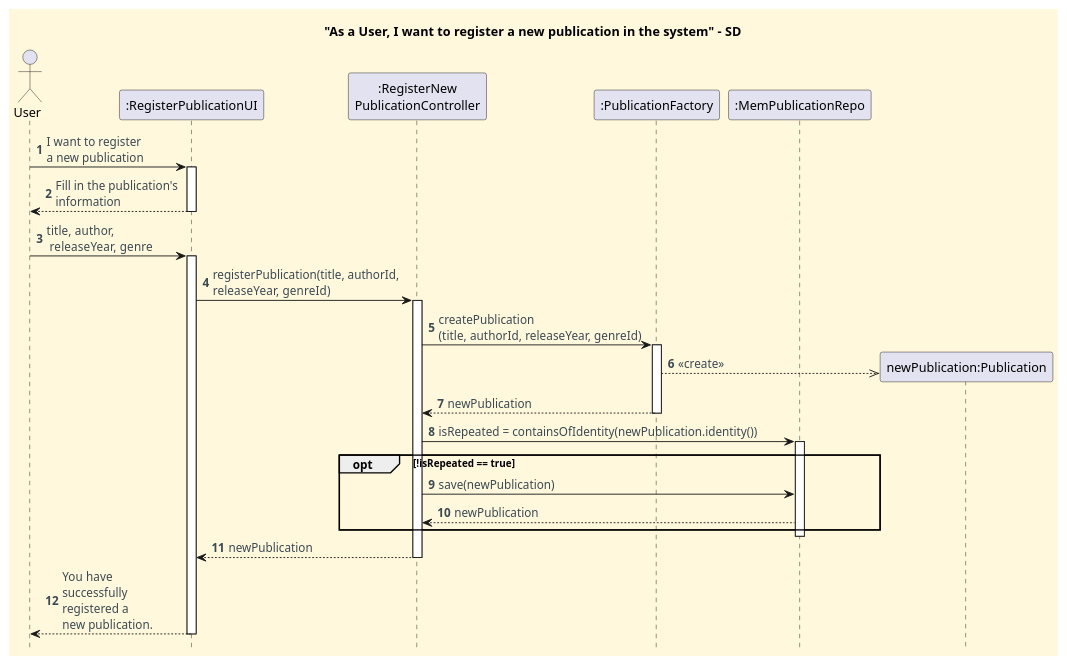
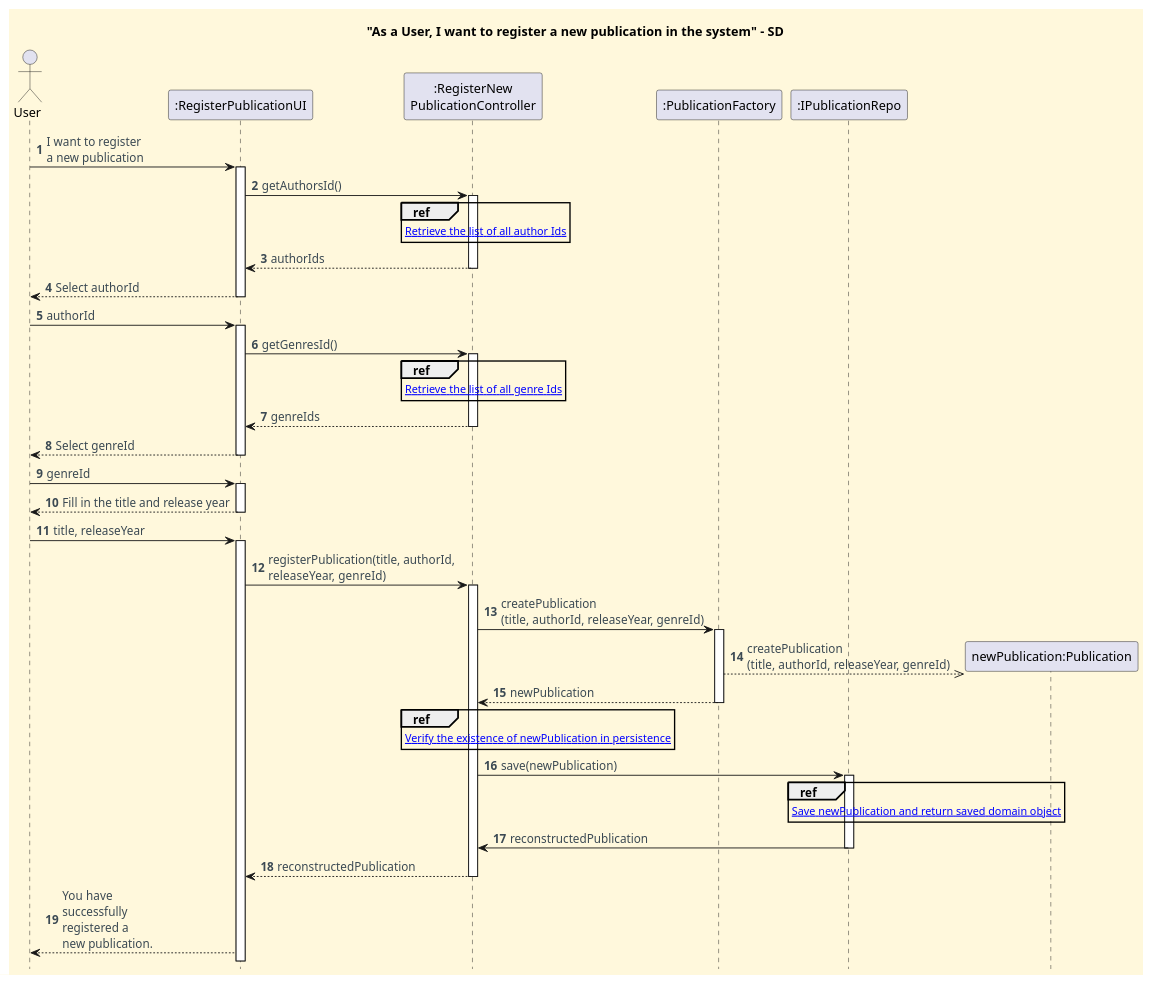
Before and after one commit to CarolinaLeite-collab/JavaMarketplacePlatform: the diagram in docs/functionalities/user/register-new-publication/Register_New_Publication_SD.puml, drawn with PlantUML. The commit also changed 5 other files, not shown here.

Commit message:
docs: updates class and sequence diagrams representing registration of neu publication, adding new ref fragments and including database persistence, refs #727

```diff
--- a/docs/functionalities/user/register-new-publication/Register_New_Publication_SD.puml
+++ b/docs/functionalities/user/register-new-publication/Register_New_Publication_SD.puml
@@ -1,61 +1,93 @@
 @startuml
 title "As a User, I want to register a new publication in the system" - SD
 
 '==== basic style ====
 skinparam monochrome false
 skinparam shadowing false
 skinparam defaultFontName Futura
 skinparam objectFontSize 20
 skinparam backgroundColor CornSilk
 skinparam objectBackgroundColor WhiteSmoke
 skinparam noteBackgroundColor #FFFFE0
 skinparam ArrowFontColor #3B4953
 skinparam ActivationBackgroundColor black
 hidefootbox
 autonumber
 
 ' --- Actor and participants ---
 actor User
 participant ":RegisterPublicationUI" as UI
 participant ":RegisterNew\nPublicationController" as Ctl
 participant ":PublicationFactory" as PF
-participant ":MemPublicationRepo" as PR
-
+participant ":IPublicationRepo" as IR
 ' --- UI interaction ---
 User -> UI: I want to register \na new publication
 activate UI
-UI --> User: Fill in the publication's \ninformation
+
+UI -> Ctl: getAuthorsId()
+activate Ctl
+ref over Ctl
+[[sd-ref-diagrams/Get_Author_Ids.puml Retrieve the list of all author Ids]]
+end ref
+
+Ctl --> UI: authorIds
+deactivate Ctl
+UI --> User: Select authorId
 deactivate UI
 
-User -> UI: title, author, \n releaseYear, genre
+User -> UI: authorId
+activate UI
+
+UI -> Ctl: getGenresId()
+activate Ctl
+ref over Ctl
+[[sd-ref-diagrams/Get_Genre_Ids.puml Retrieve the list of all genre Ids]]
+end ref
+
+Ctl --> UI: genreIds
+deactivate Ctl
+UI --> User: Select genreId
+deactivate UI
+
+User -> UI: genreId
+activate UI
+
+UI --> User: Fill in the title and release year
+deactivate UI
+
+User -> UI: title, releaseYear
 activate UI
 
 ' --- Use case execution ---
 UI -> Ctl: registerPublication(title, authorId, \nreleaseYear, genreId)
 activate Ctl
 
 
 ' --- Creation  ---
 Ctl -> PF: createPublication\n(title, authorId, releaseYear, genreId)
 activate PF
 create "newPublication:Publication"
-PF -->> "newPublication:Publication": <<create>>
+PF -->> "newPublication:Publication": createPublication\n(title, authorId, releaseYear, genreId)
 PF --> Ctl: newPublication
 deactivate PF
 
-' --- Duplication check ---
-Ctl -> PR : isRepeated = containsOfIdentity(newPublication.identity())
-activate PR
-    opt !isRepeated == true
-            Ctl -> PR: save(newPublication)
-PR --> Ctl: newPublication
-    end
+ref over Ctl
+[[sd-ref-diagrams/Verify_Publication.puml Verify the existence of newPublication in persistence]]
+end ref
 
-deactivate PR
+Ctl -> IR : save(newPublication)
+activate IR
 
-Ctl --> UI: newPublication
+ref over IR
+[[sd-ref-diagrams/Save_Publication.puml Save newPublication and return saved domain object]]
+end ref
+
+IR -> Ctl : reconstructedPublication
+deactivate IR
+
+Ctl --> UI : reconstructedPublication
 deactivate Ctl
 
-UI --> User: You have \nsuccessfully \nregistered a \nnew publication.
-deactivate UI
+UI --> User : You have \nsuccessfully \nregistered a \nnew publication.
+
 @enduml
```
